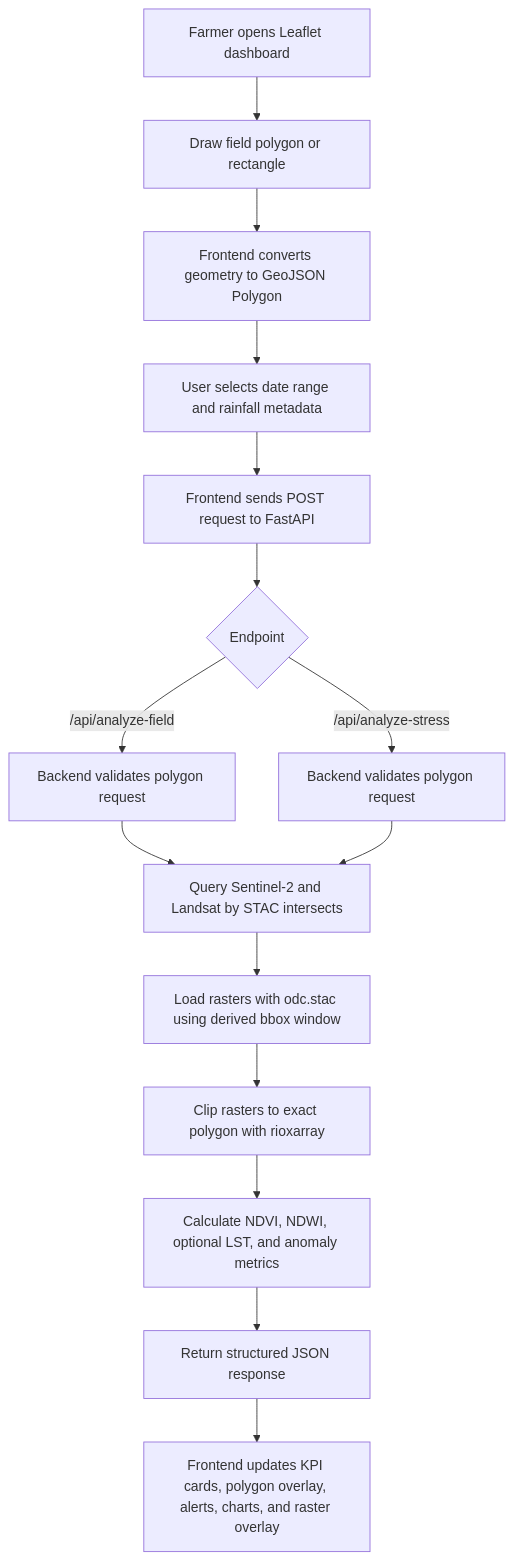
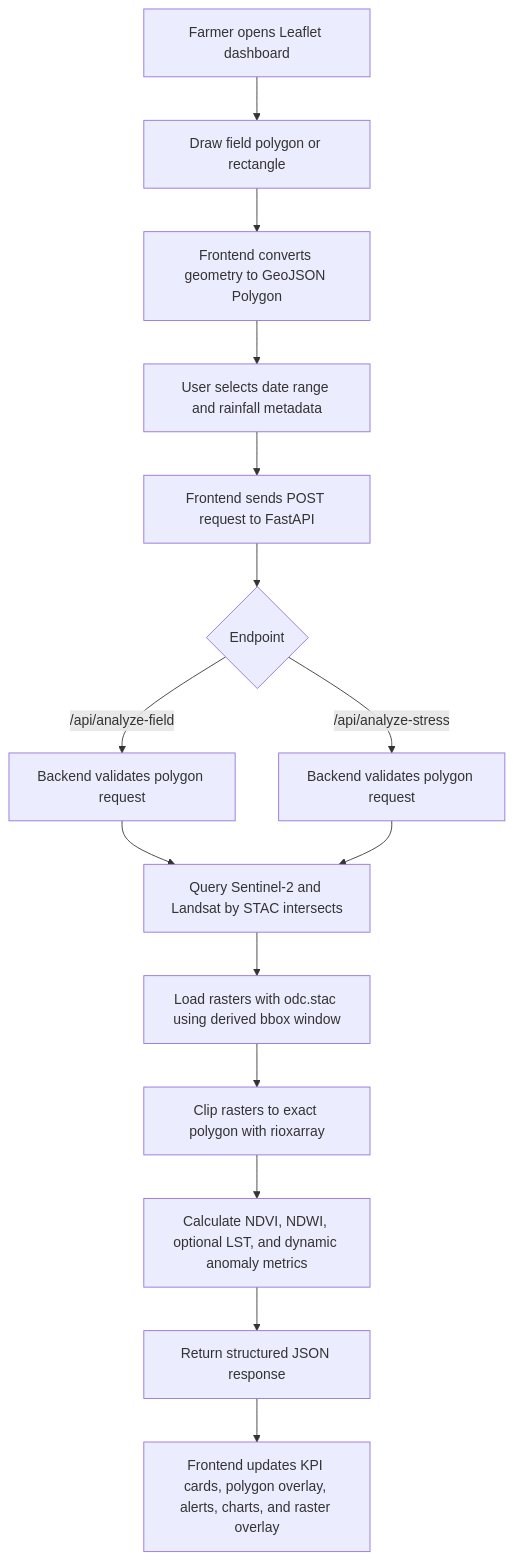
The first of 2 diagrams in docs/data-transfer-workflow.md (chinna5656/satellite-crop-planner), drawn with Mermaid before and after one commit. The commit also changed other lines of this file and 6 other files, not shown here.

Commit message:
LST Decoupling & Dynamic Model

````diff
--- a/docs/data-transfer-workflow.md
+++ b/docs/data-transfer-workflow.md
@@ -7,17 +7,17 @@
 ```mermaid
 flowchart TD
     A[Farmer opens Leaflet dashboard] --> B[Draw field polygon or rectangle]
     B --> C[Frontend converts geometry to GeoJSON Polygon]
     C --> D[User selects date range and rainfall metadata]
     D --> E[Frontend sends POST request to FastAPI]
     E --> F{Endpoint}
     F -->|/api/analyze-field| G[Backend validates polygon request]
     F -->|/api/analyze-stress| H[Backend validates polygon request]
     G --> I[Query Sentinel-2 and Landsat by STAC intersects]
     H --> I
     I --> J[Load rasters with odc.stac using derived bbox window]
     J --> K[Clip rasters to exact polygon with rioxarray]
-    K --> L[Calculate NDVI, NDWI, optional LST, and anomaly metrics]
+    K --> L[Calculate NDVI, NDWI, optional LST, and dynamic anomaly metrics]
     L --> M[Return structured JSON response]
     M --> N[Frontend updates KPI cards, polygon overlay, alerts, charts, and raster overlay]
 ```
````
